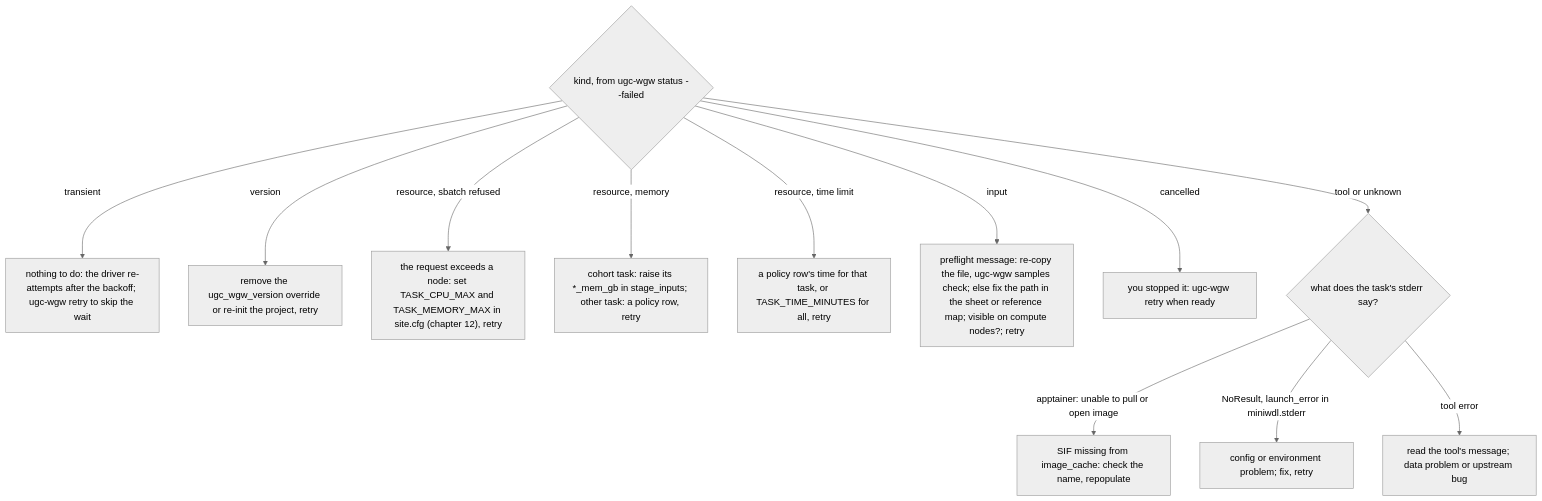
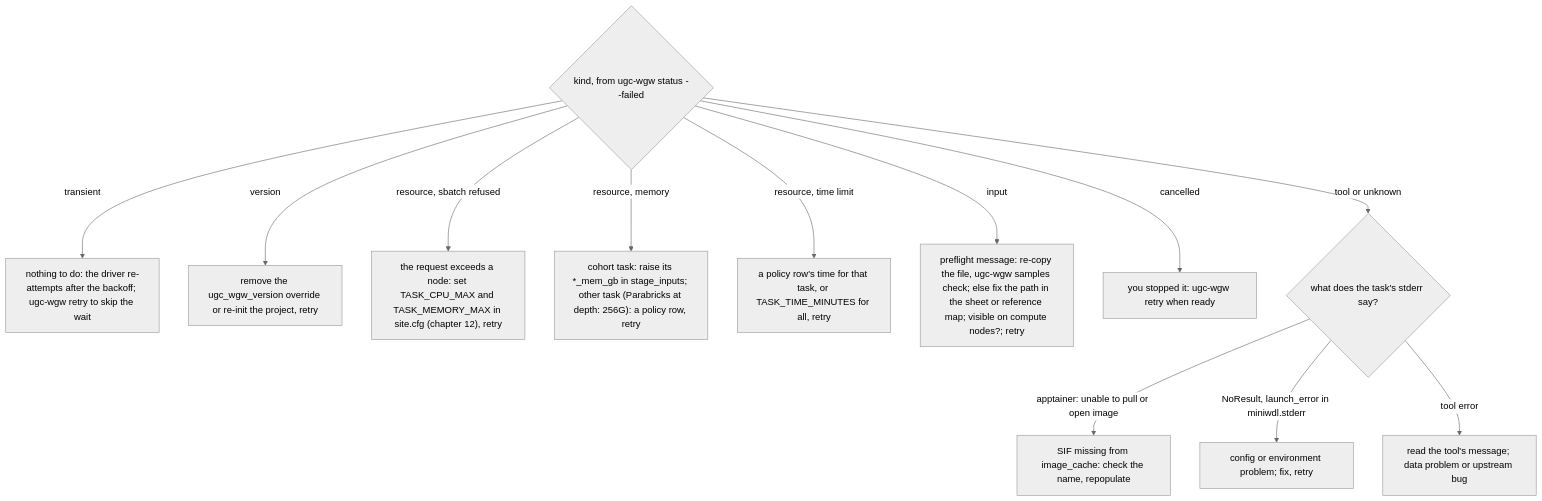
One commit to UppsalaGenomeCenter/ugc-wgw changed the diagram in docs/guide/09-troubleshooting.md. Above: the diagram before and after it, drawn with Mermaid (neutral theme). The commit also changed other lines of this file and 7 other files, not shown here.

````diff
--- a/docs/guide/09-troubleshooting.md
+++ b/docs/guide/09-troubleshooting.md
@@ -59,15 +63,15 @@
 ```mermaid
 flowchart TD
   s{"kind, from ugc-wgw status --failed"}
   s -->|"transient"| r["nothing to do: the driver re-attempts after the backoff; ugc-wgw retry to skip the wait"]
   s -->|"version"| v["remove the ugc_wgw_version override or re-init the project, retry"]
   s -->|"resource, sbatch refused"| ref["the request exceeds a node: set TASK_CPU_MAX and TASK_MEMORY_MAX in site.cfg (chapter 12), retry"]
-  s -->|"resource, memory"| oom["cohort task: raise its *_mem_gb in stage_inputs; other task: a policy row, retry"]
+  s -->|"resource, memory"| oom["cohort task: raise its *_mem_gb in stage_inputs; other task (Parabricks at depth: 256G): a policy row, retry"]
   s -->|"resource, time limit"| t["a policy row's time for that task, or TASK_TIME_MINUTES for all, retry"]
   s -->|"input"| i["preflight message: re-copy the file, ugc-wgw samples check; else fix the path in the sheet or reference map; visible on compute nodes?; retry"]
   s -->|"cancelled"| cx["you stopped it: ugc-wgw retry when ready"]
   s -->|"tool or unknown"| c{"what does the task's stderr say?"}
   c -->|"apptainer: unable to pull or open image"| sif["SIF missing from image_cache: check the name, repopulate"]
   c -->|"NoResult, launch_error in miniwdl.stderr"| m["config or environment problem; fix, retry"]
   c -->|"tool error"| tool["read the tool's message; data problem or upstream bug"]
 ```
````
